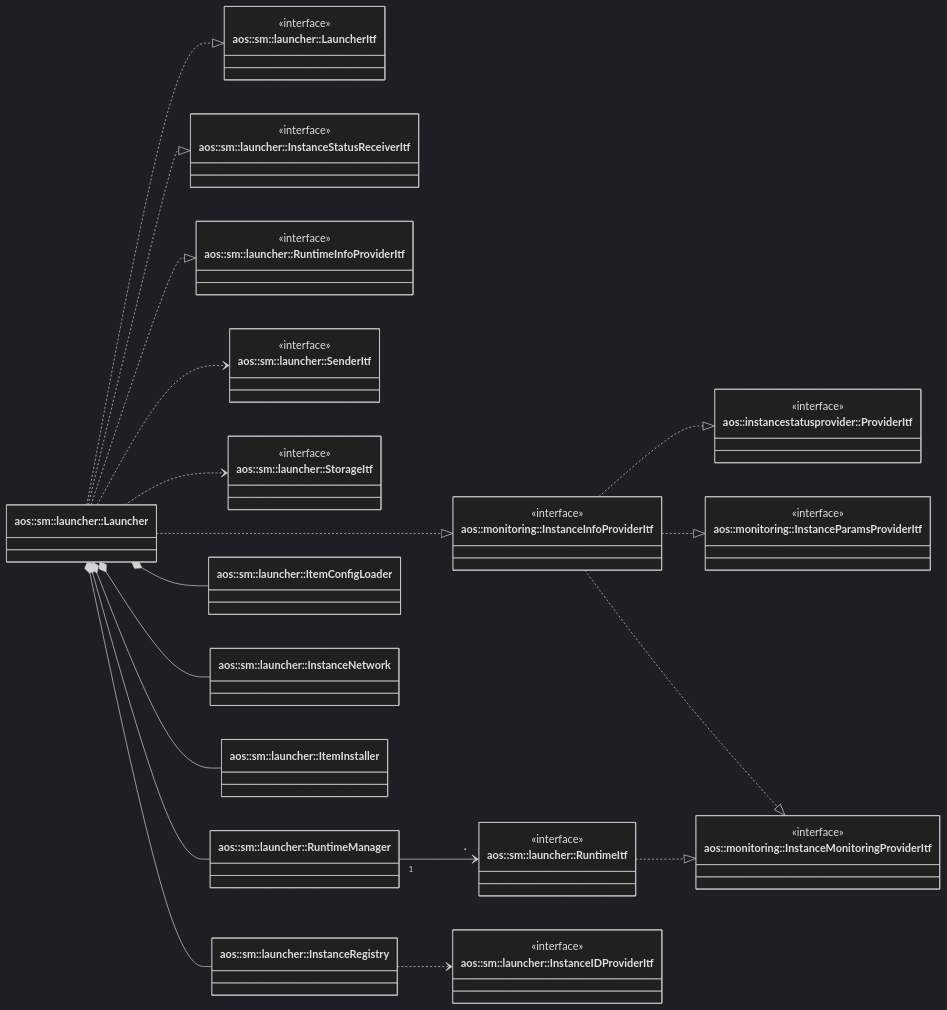
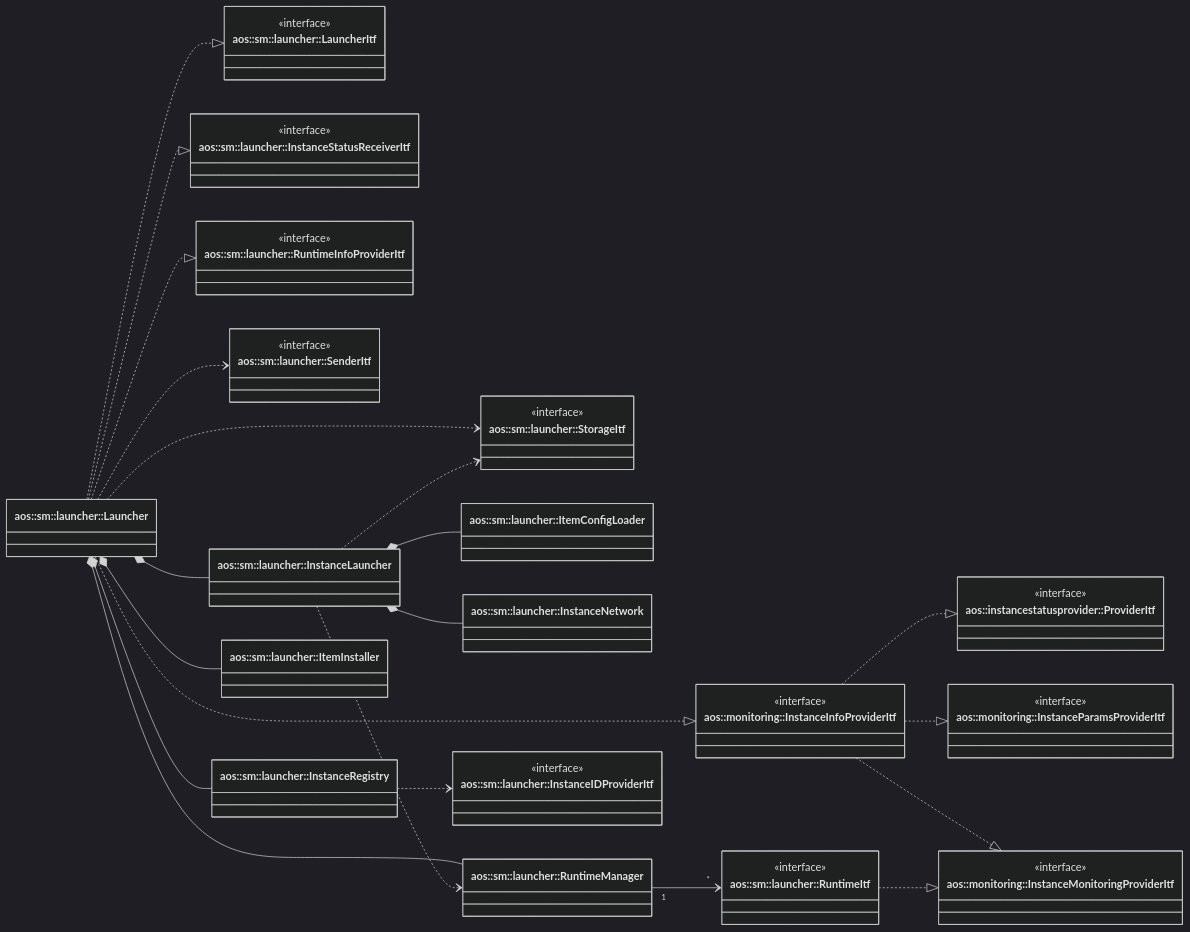
The first of 3 diagrams in src/core/sm/launcher/launcher.md (aosedge/aos_core_lib_cpp), drawn with Mermaid (dark theme) before and after one commit. The commit also changed other lines of this file and 7 other files, not shown here.

First line of the commit message:
sm: launcher: move instance start and stop steps to instance launcher

````diff
--- a/src/core/sm/launcher/launcher.md
+++ b/src/core/sm/launcher/launcher.md
@@ -91,6 +91,9 @@
     class InstanceRegistry ["aos::sm::launcher::InstanceRegistry"] {
     }
 
+    class InstanceLauncher ["aos::sm::launcher::InstanceLauncher"] {
+    }
+
     class ItemConfigLoader ["aos::sm::launcher::ItemConfigLoader"] {
     }
 
@@ -121,8 +124,11 @@
     Launcher ..> SenderItf
     Launcher ..> StorageItf
     Launcher *-- InstanceRegistry
-    Launcher *-- ItemConfigLoader
-    Launcher *-- InstanceNetwork
+    Launcher *-- InstanceLauncher
     Launcher *-- ItemInstaller
+    InstanceLauncher *-- ItemConfigLoader
+    InstanceLauncher *-- InstanceNetwork
+    InstanceLauncher ..> RuntimeManager
+    InstanceLauncher ..> StorageItf
     InstanceRegistry ..> InstanceIDProviderItf
 ```
````
